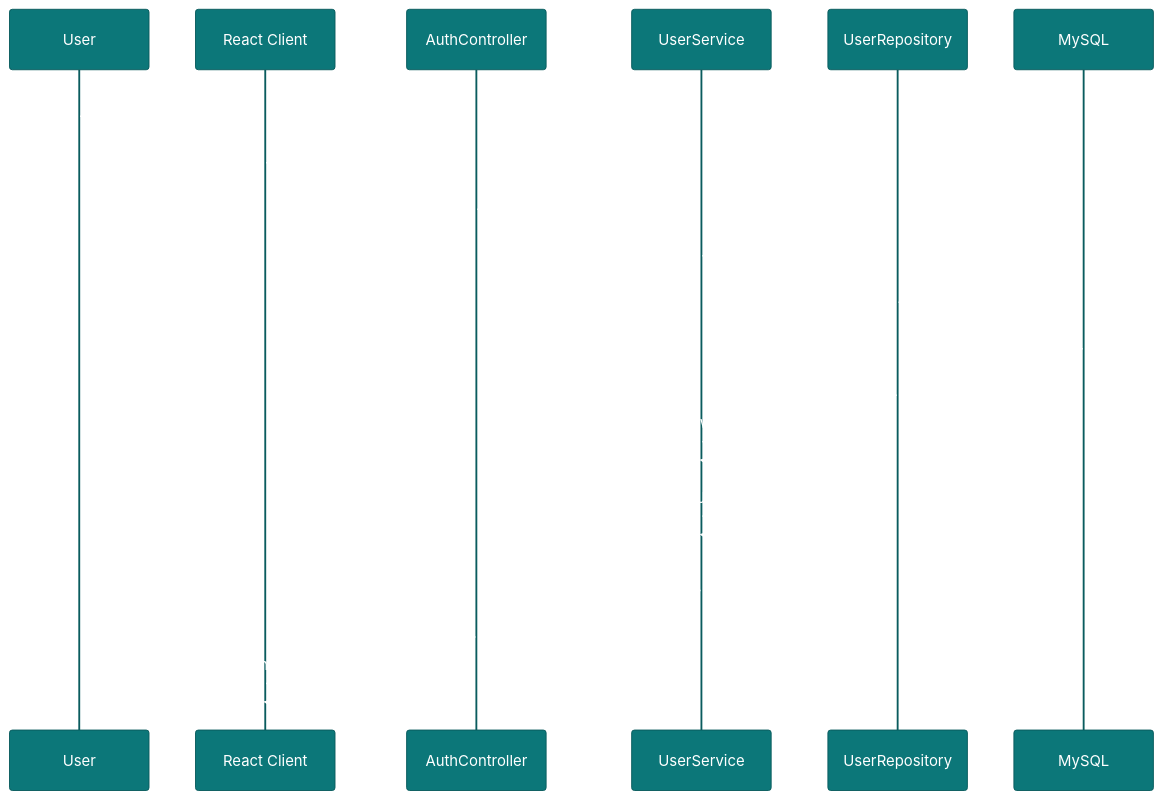
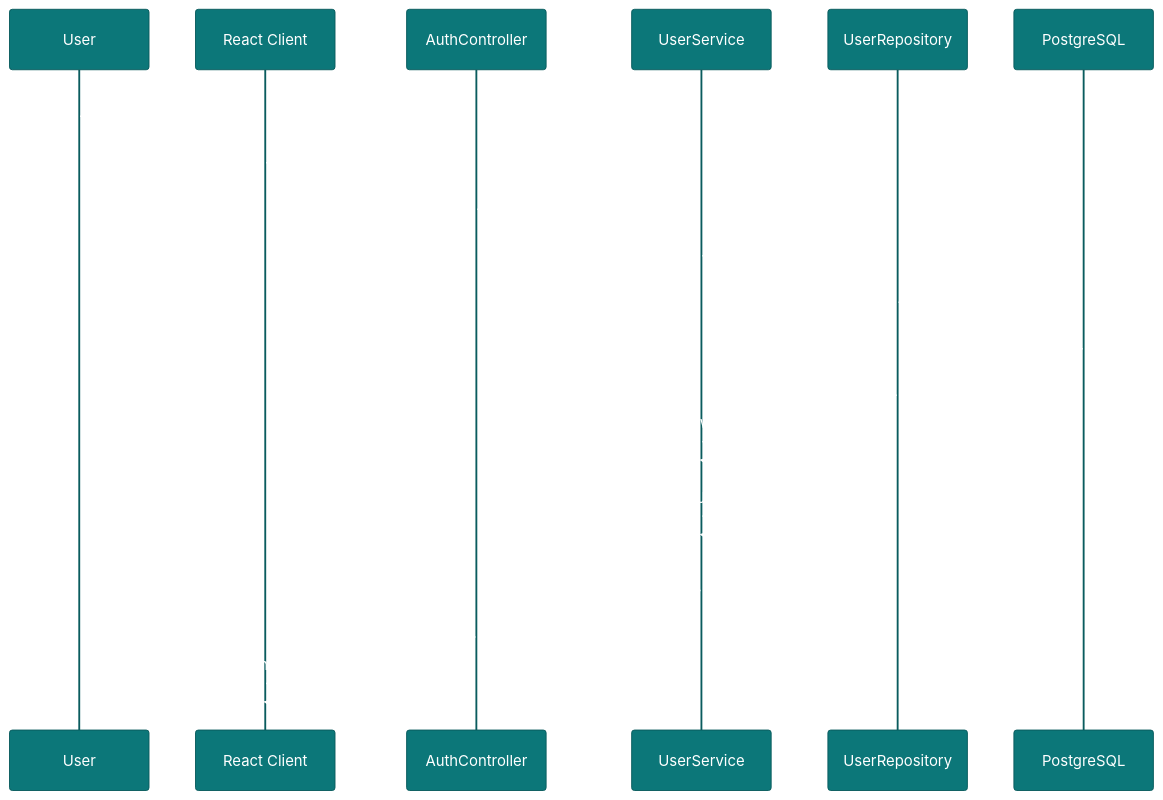
Before and after one commit to himanshugupta91/Full-Stack-Authentication-System: the second of 5 diagrams in README.md, drawn with Mermaid. The commit also changed other lines of this file, not shown here.

````diff
--- a/README.md
+++ b/README.md
@@ -109,23 +92,23 @@
 ```mermaid
 %%{init: {'theme': 'base', 'themeVariables': {'primaryColor': '#0C7779', 'primaryTextColor': '#ffffff', 'primaryBorderColor': '#0A5C5E', 'lineColor': '#888888', 'secondaryColor': '#0A192F', 'tertiaryColor': '#112240', 'fontFamily': 'Inter, sans-serif'}}}%%
 sequenceDiagram
     participant User
     participant Frontend as React Client
     participant Controller as AuthController
     participant Service as UserService
     participant Repo as UserRepository
-    participant DB as MySQL
+    participant DB as PostgreSQL
 
     User->>Frontend: Enter Credentials
     Frontend->>Controller: POST /api/auth/login
     Controller->>Service: login(request)
     Service->>Repo: findByEmail(email)
     Repo->>DB: Select User
     DB-->>Repo: User Entity
     Repo-->>Service: User Details
     Service->>Service: Validate Password (BCrypt)
     Service->>Service: Generate JWT Token
     Service-->>Controller: AuthResponse (Token)
     Controller-->>Frontend: 200 OK + JWT
     Frontend->>Frontend: Store Token in LocalStorage
 ```
````
